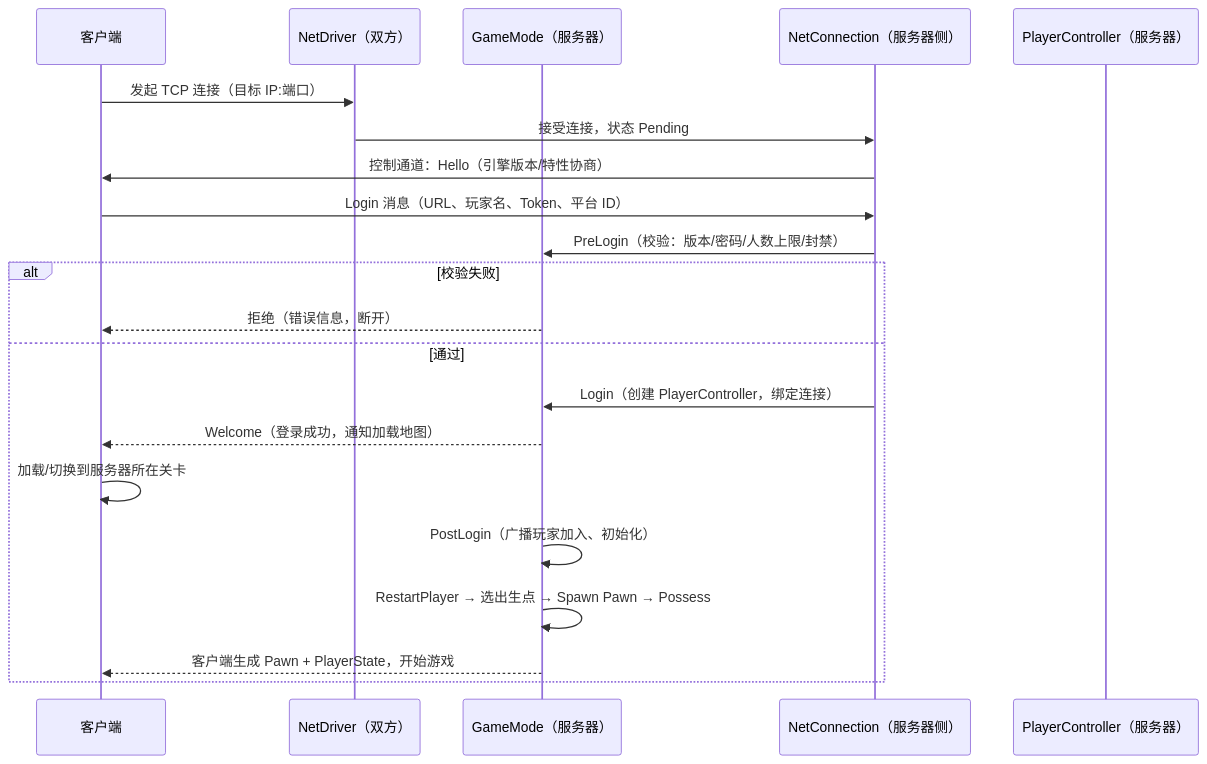
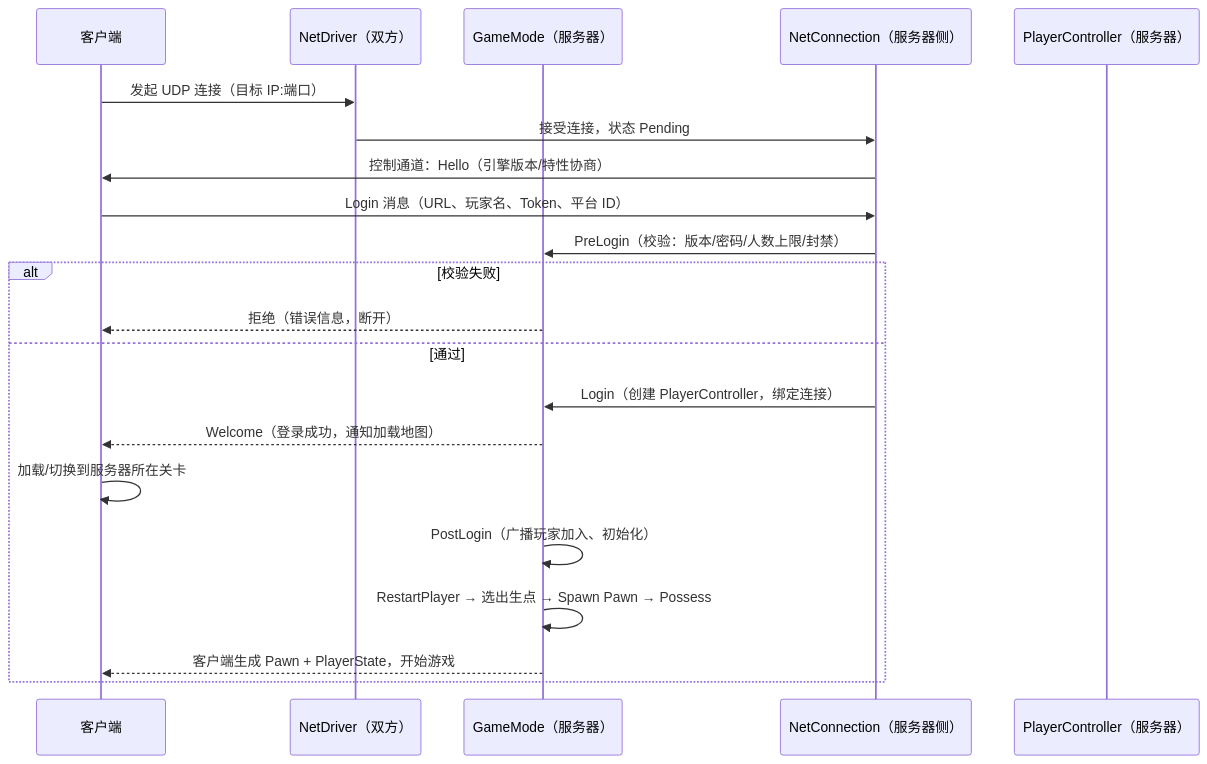
The second of 3 diagrams in 游戏知识/06-网络同步/04-多人游戏框架与玩家状态.md (fantuan812/learning), drawn with Mermaid before and after one commit. The commit also changed other lines of this file and 36 other files, not shown here.

````diff
--- a/游戏知识/06-网络同步/04-多人游戏框架与玩家状态.md
+++ b/游戏知识/06-网络同步/04-多人游戏框架与玩家状态.md
@@ -144,24 +144,24 @@
 ```mermaid
 sequenceDiagram
     participant C as 客户端
     participant ND as NetDriver（双方）
     participant GM as GameMode（服务器）
     participant NC as NetConnection（服务器侧）
     participant PC as PlayerController（服务器）
 
-    C->>ND: 发起 TCP 连接（目标 IP:端口）
+    C->>ND: 发起 UDP 连接（目标 IP:端口）
     ND->>NC: 接受连接，状态 Pending
     NC->>C: 控制通道：Hello（引擎版本/特性协商）
     C->>NC: Login 消息（URL、玩家名、Token、平台 ID）
     NC->>GM: PreLogin（校验：版本/密码/人数上限/封禁）
     alt 校验失败
         GM-->>C: 拒绝（错误信息，断开）
     else 通过
         NC->>GM: Login（创建 PlayerController，绑定连接）
         GM-->>C: Welcome（登录成功，通知加载地图）
         C->>C: 加载/切换到服务器所在关卡
         GM->>GM: PostLogin（广播玩家加入、初始化）
         GM->>GM: RestartPlayer → 选出生点 → Spawn Pawn → Possess
         GM-->>C: 客户端生成 Pawn + PlayerState，开始游戏
     end
 ```
````
